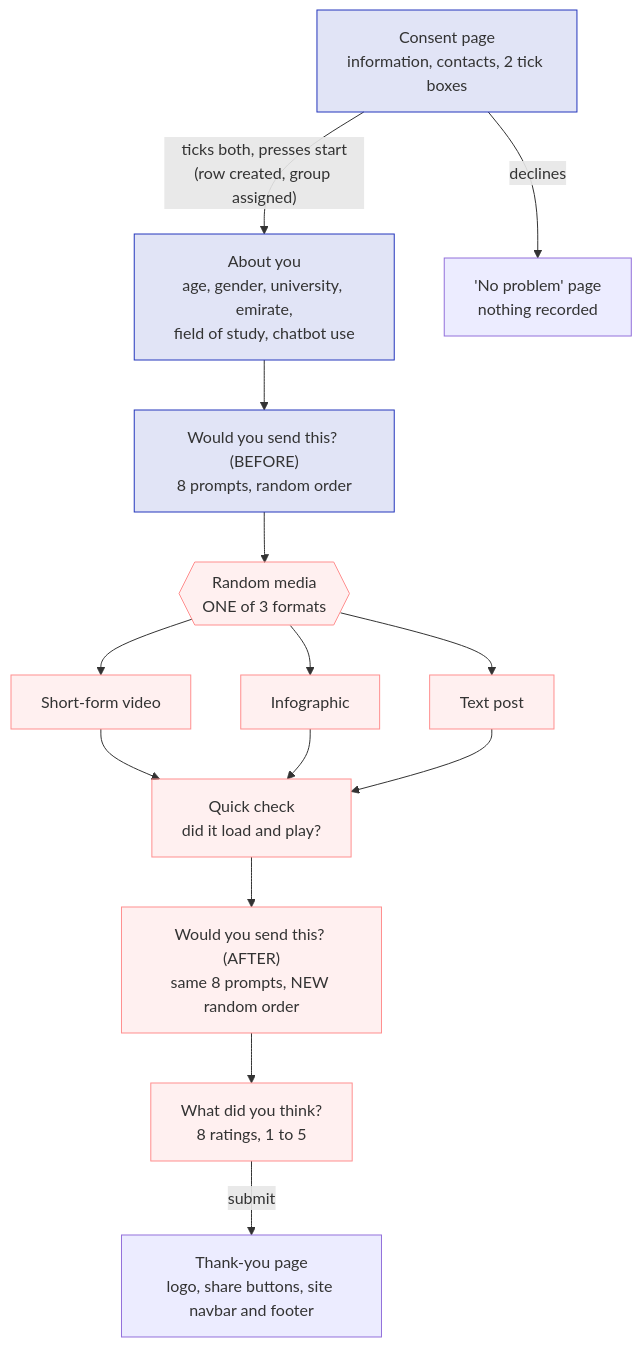
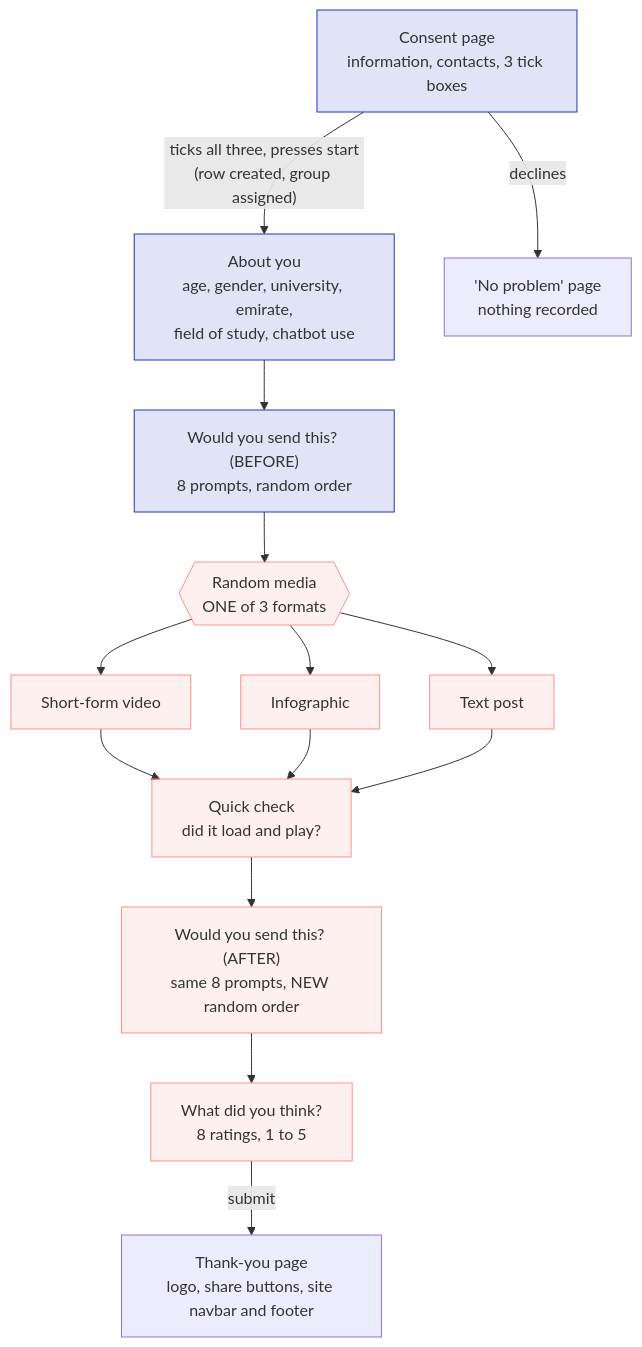
Before and after one commit to adhenzmiranda/am-portfolio-website: the first of 6 diagrams in docs/SURVEY_ARCHITECTURE.md, drawn with Mermaid. The commit also changed other lines of this file, not shown here.

First line of the commit message:
Docs: architecture recap matches the live consent page

````diff
--- a/docs/SURVEY_ARCHITECTURE.md
+++ b/docs/SURVEY_ARCHITECTURE.md
@@ -26,21 +26,21 @@
 ```mermaid
 flowchart TD
-    A["Consent page<br/>information, contacts, 2 tick boxes"] -->|"ticks both, presses start<br/>(row created, group assigned)"| B["About you<br/>age, gender, university, emirate,<br/>field of study, chatbot use"]
+    A["Consent page<br/>information, contacts, 3 tick boxes"] -->|"ticks all three, presses start<br/>(row created, group assigned)"| B["About you<br/>age, gender, university, emirate,<br/>field of study, chatbot use"]
     A -->|declines| X["'No problem' page<br/>nothing recorded"]
     B --> C["Would you send this? (BEFORE)<br/>8 prompts, random order"]
     C --> D{{"Random media<br/>ONE of 3 formats"}}
     D --> D1["Short-form video"]
     D --> D2["Infographic"]
     D --> D3["Text post"]
     D1 --> E["Quick check<br/>did it load and play?"]
     D2 --> E
     D3 --> E
     E --> F["Would you send this? (AFTER)<br/>same 8 prompts, NEW random order"]
     F --> G["What did you think?<br/>8 ratings, 1 to 5"]
     G -->|submit| H["Thank-you page<br/>logo, share buttons, site navbar and footer"]
 
     classDef back fill:#2436BC22,stroke:#2436BC
     classDef noback fill:#ff8f8f22,stroke:#ff8f8f
     class A,B,C back
     class D,D1,D2,D3,E,F,G noback
 ```
````
